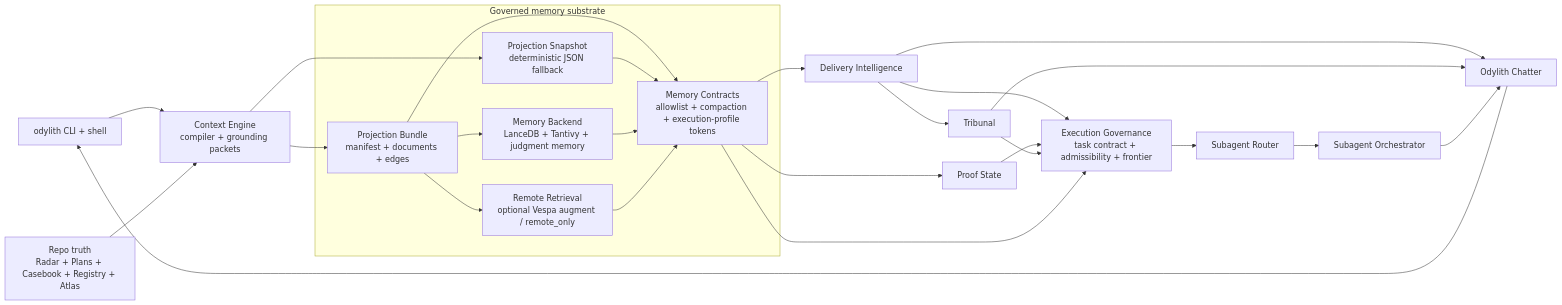
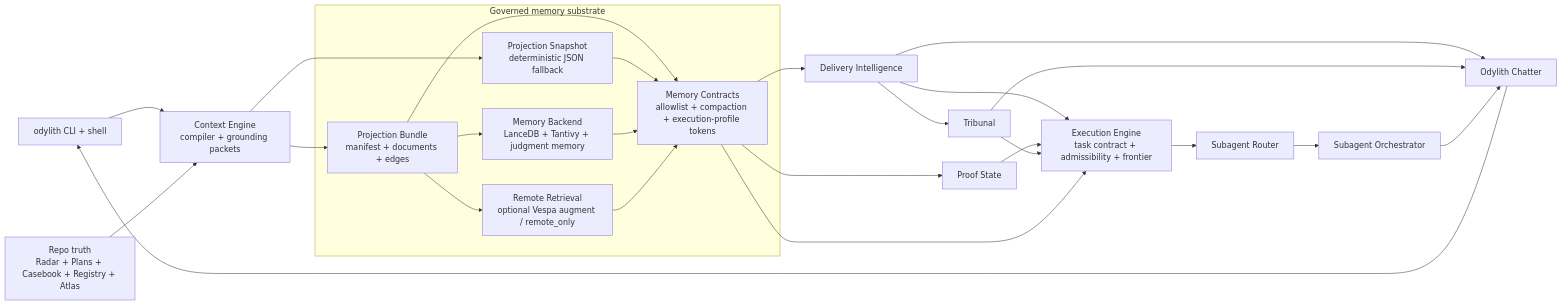
The diagram in odylith/atlas/source/odylith-context-and-agent-execution-stack.mmd (odylith/odylith), drawn with Mermaid before and after one commit. The commit also changed 115 other files, not shown here.

```diff
--- a/odylith/atlas/source/odylith-context-and-agent-execution-stack.mmd
+++ b/odylith/atlas/source/odylith-context-and-agent-execution-stack.mmd
@@ -1,34 +1,34 @@
-%% Reviewed 2026-04-09 for B-072 to make execution governance explicit and keep Context Engine grounding-only.
+%% Reviewed 2026-04-16 to make the Execution Engine boundary explicit and keep Context Engine grounding-only.
 flowchart LR
     CLI["odylith CLI + shell"] --> Context["Context Engine<br/>compiler + grounding packets"]
     Truth["Repo truth<br/>Radar + Plans + Casebook + Registry + Atlas"] --> Context
 
     subgraph Memory["Governed memory substrate"]
         Bundle["Projection Bundle<br/>manifest + documents + edges"]
         Snapshot["Projection Snapshot<br/>deterministic JSON fallback"]
         Backend["Memory Backend<br/>LanceDB + Tantivy + judgment memory"]
         Remote["Remote Retrieval<br/>optional Vespa augment / remote_only"]
         Contracts["Memory Contracts<br/>allowlist + compaction + execution-profile tokens"]
         Bundle --> Backend
         Bundle --> Remote
         Bundle --> Contracts
         Snapshot --> Contracts
         Backend --> Contracts
         Remote --> Contracts
     end
 
     Context --> Bundle
     Context --> Snapshot
     Contracts --> Delivery["Delivery Intelligence"]
     Contracts --> Proof["Proof State"]
     Delivery --> Tribunal["Tribunal"]
-    Delivery --> Exec["Execution Governance<br/>task contract + admissibility + frontier"]
+    Delivery --> Exec["Execution Engine<br/>task contract + admissibility + frontier"]
     Proof --> Exec
     Tribunal --> Exec
     Contracts --> Exec
     Exec --> Router["Subagent Router"]
     Router --> Orchestrator["Subagent Orchestrator"]
     Delivery --> Chatter["Odylith Chatter"]
     Tribunal --> Chatter
     Orchestrator --> Chatter
     Chatter --> CLI
```
